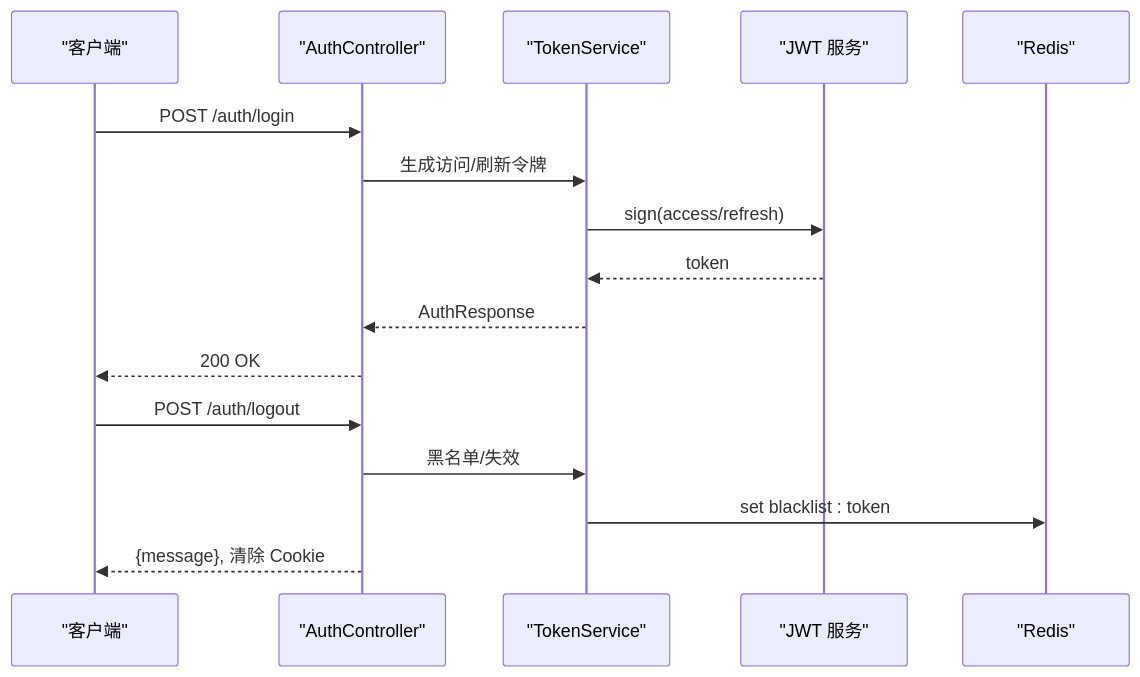
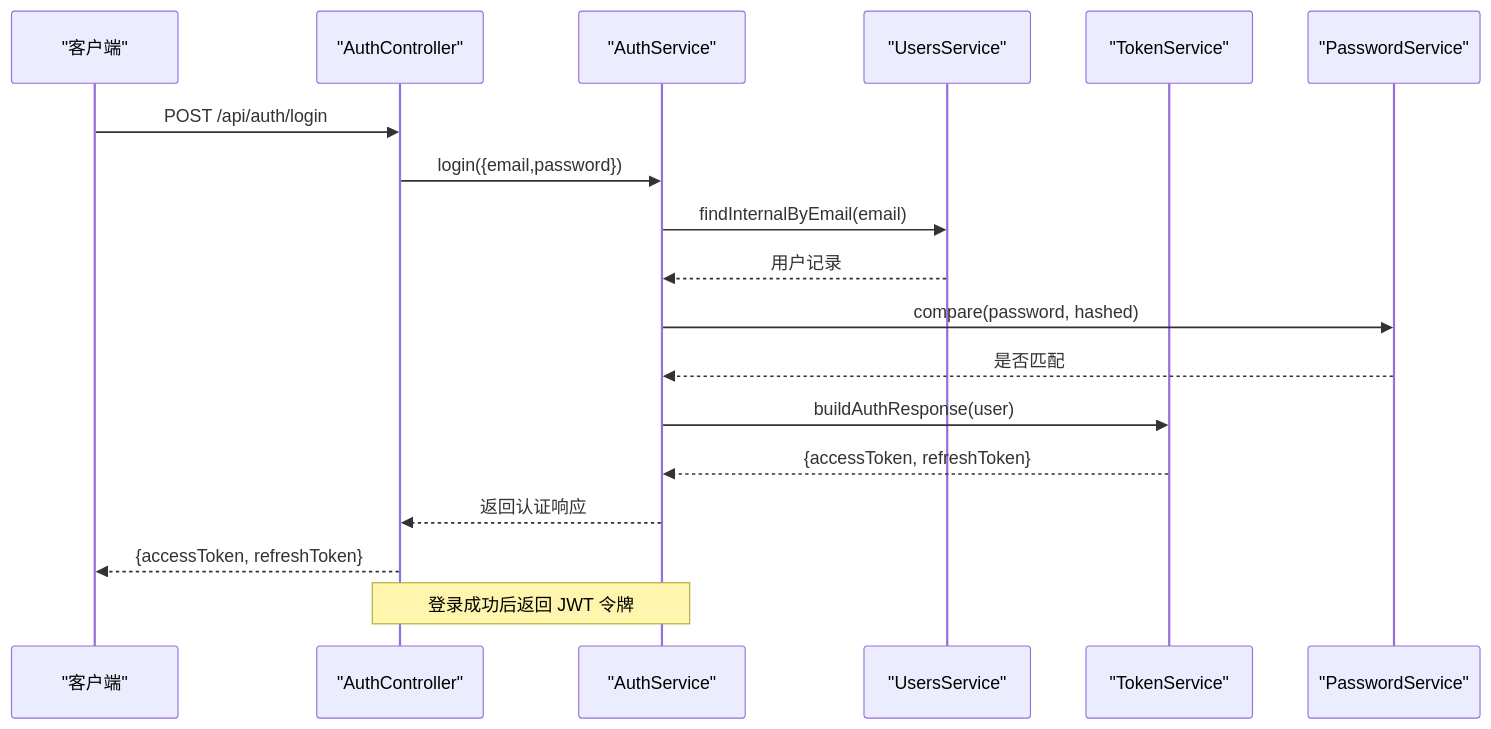
One commit to xixixiaoyu/Todo changed the third of 7 diagrams in .qoder/repowiki/zh/content/API 接口文档/RESTful API.md. Above: the diagram before and after it, drawn with Mermaid. The commit also changed other lines of this file and 77 other files, not shown here.

````diff
--- a/.qoder/repowiki/zh/content/API 接口文档/RESTful API.md
+++ b/.qoder/repowiki/zh/content/API 接口文档/RESTful API.md
@@ -427,18 +149,20 @@
 ```mermaid
 sequenceDiagram
 participant C as "客户端"
-participant AC as "AuthController"
+participant CTRL as "AuthController"
+participant SVC as "AuthService"
+participant USVC as "UsersService"
 participant TS as "TokenService"
-participant JWT as "JWT 服务"
-participant R as "Redis"
-C->>AC : POST /auth/login
-AC->>TS : 生成访问/刷新令牌
-TS->>JWT : sign(access/refresh)
-JWT-->>TS : token
-TS-->>AC : AuthResponse
-AC-->>C : 200 OK
-C->>AC : POST /auth/logout
-AC->>TS : 黑名单/失效
-TS->>R : set blacklist : token
-AC-->>C : {message}, 清除 Cookie
+participant PS as "PasswordService"
+C->>CTRL : POST /api/auth/login
+CTRL->>SVC : login({email,password})
+SVC->>USVC : findInternalByEmail(email)
+USVC-->>SVC : 用户记录
+SVC->>PS : compare(password, hashed)
+PS-->>SVC : 是否匹配
+SVC->>TS : buildAuthResponse(user)
+TS-->>SVC : {accessToken, refreshToken}
+SVC-->>CTRL : 返回认证响应
+CTRL-->>C : {accessToken, refreshToken}
+Note over CTRL,SVC : 登录成功后返回 JWT 令牌
 ```
````
